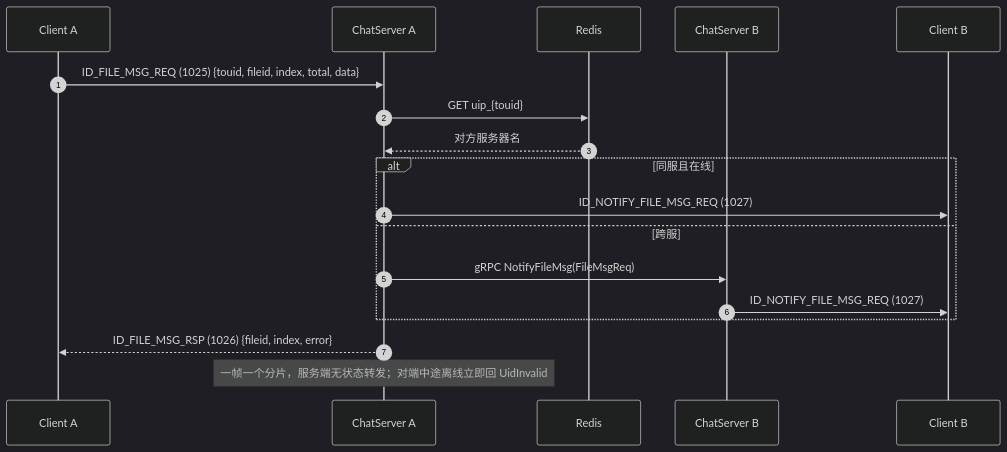
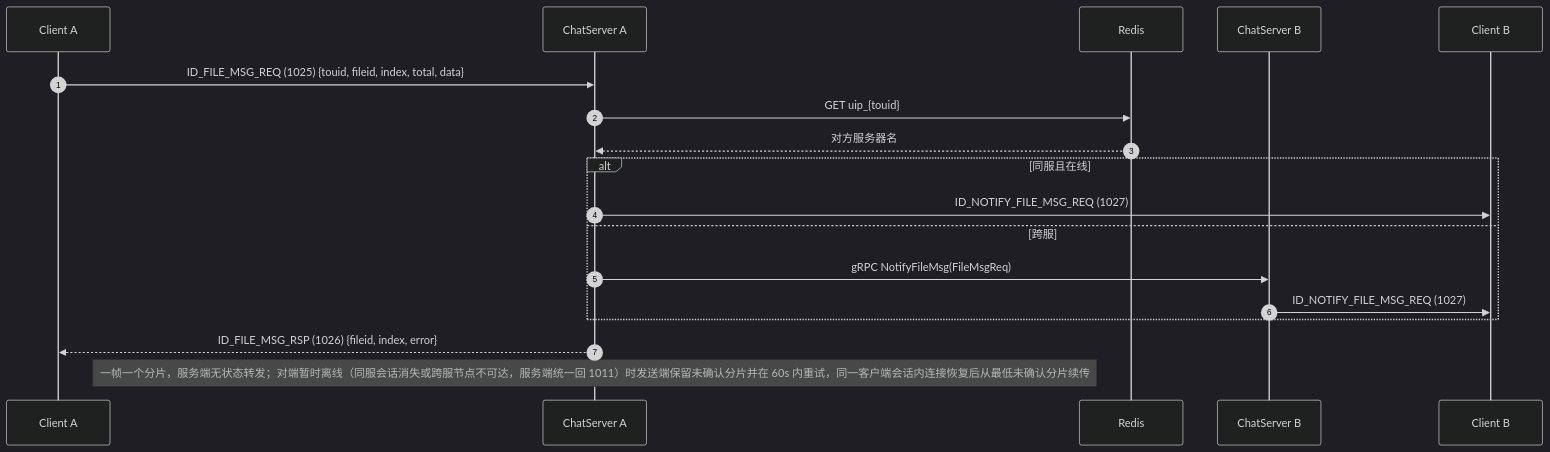
One commit to zyuhao7/WeChat changed diagram 13 of 14 in docs/diagrams.md. Above: the diagram before and after it, drawn with Mermaid (dark theme). The commit also changed 8 other files, not shown here.

````diff
--- a/docs/diagrams.md
+++ b/docs/diagrams.md
@@ -304,20 +304,20 @@
 ```mermaid
 sequenceDiagram
     autonumber
     participant A as Client A
     participant SA as ChatServer A
     participant R as Redis
     participant SB as ChatServer B
     participant B as Client B
     A->>SA: ID_FILE_MSG_REQ (1025) {touid, fileid, index, total, data}
     SA->>R: GET uip_{touid}
     R-->>SA: 对方服务器名
     alt 同服且在线
         SA->>B: ID_NOTIFY_FILE_MSG_REQ (1027)
     else 跨服
         SA->>SB: gRPC NotifyFileMsg(FileMsgReq)
         SB->>B: ID_NOTIFY_FILE_MSG_REQ (1027)
     end
     SA-->>A: ID_FILE_MSG_RSP (1026) {fileid, index, error}
-    Note over SA: 一帧一个分片，服务端无状态转发；对端中途离线立即回 UidInvalid
+    Note over SA: 一帧一个分片，服务端无状态转发；对端暂时离线（同服会话消失或跨服节点不可达，服务端统一回 1011）时发送端保留未确认分片并在 60s 内重试，同一客户端会话内连接恢复后从最低未确认分片续传
 ```
````
